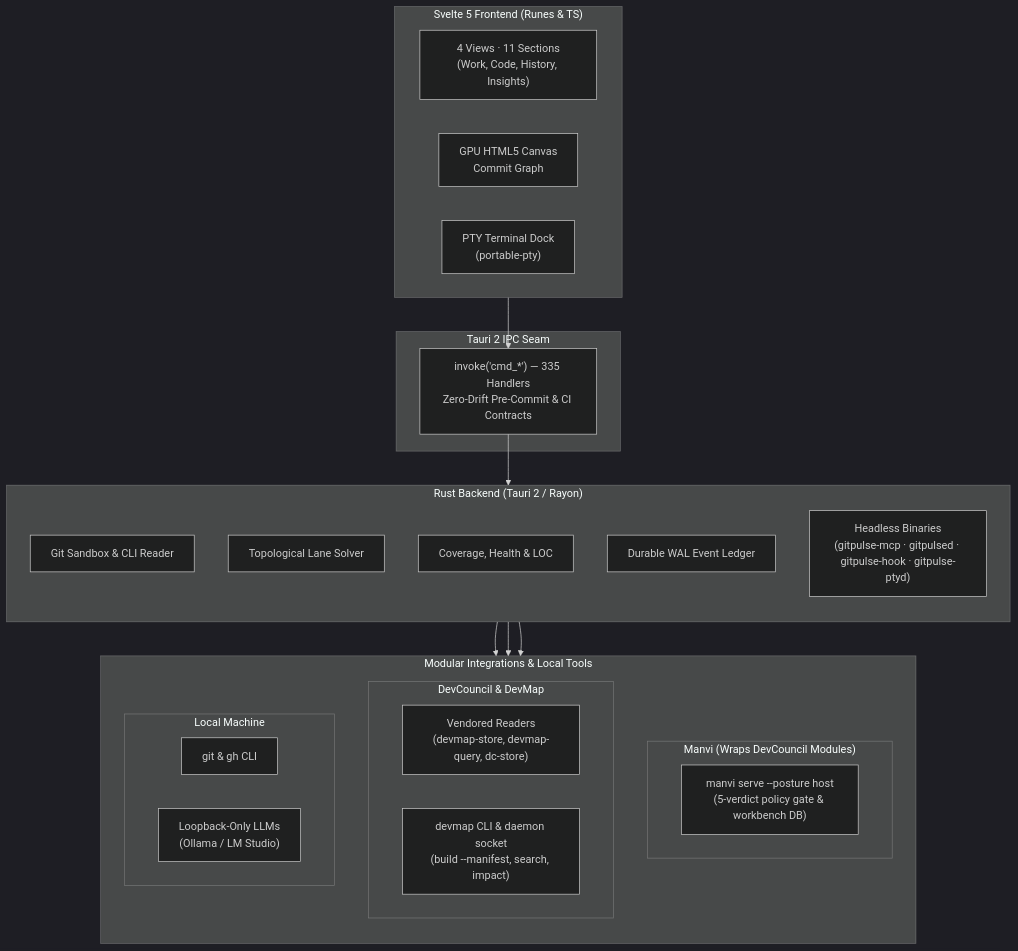
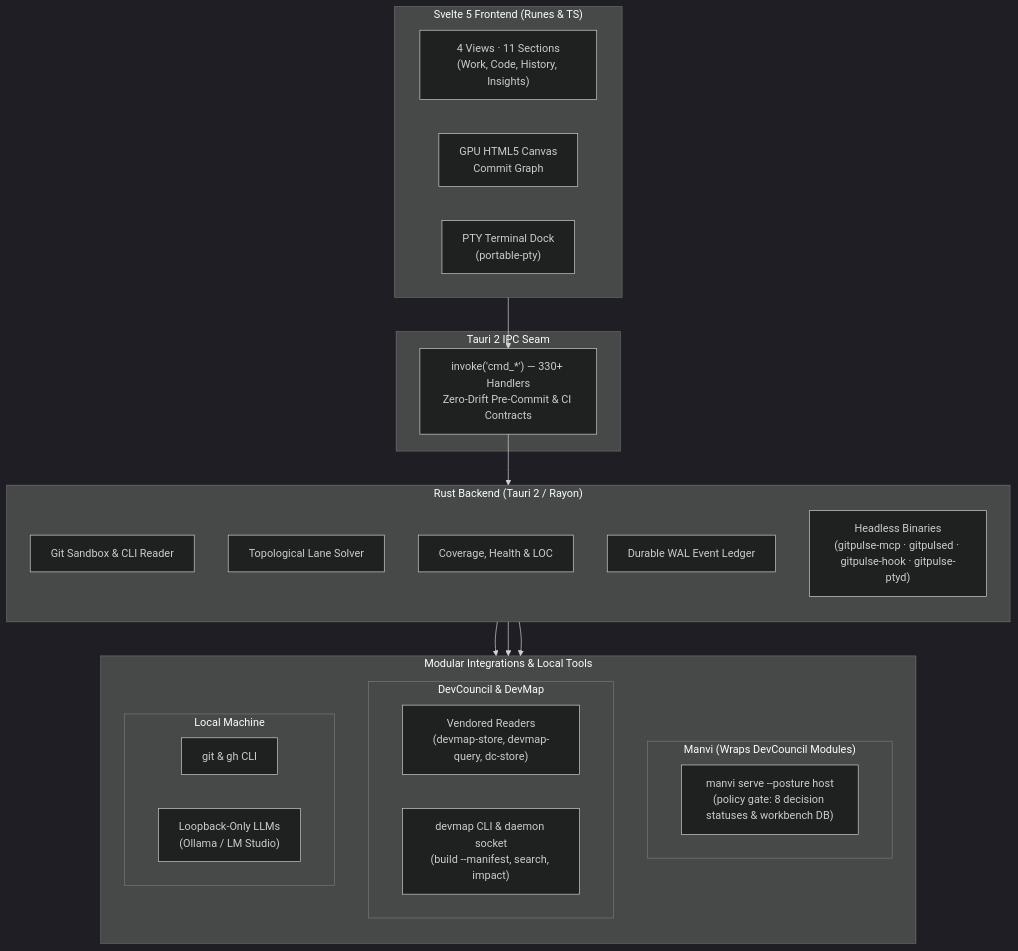
One commit to bharathvbcr/GitPulse changed the diagram in README.md. Above: the diagram before and after it, drawn with Mermaid (dark theme). The commit also changed other lines of this file and 17 other files, not shown here.

````diff
--- a/README.md
+++ b/README.md
@@ -207,43 +236,43 @@
 ```mermaid
 flowchart TB
     subgraph Frontend["Svelte 5 Frontend (Runes & TS)"]
         direction LR
         Views["4 Views · 11 Sections<br/>(Work, Code, History, Insights)"]
         Canvas["GPU HTML5 Canvas<br/>Commit Graph"]
         TerminalDock["PTY Terminal Dock<br/>(portable-pty)"]
     end
 
     subgraph IPC["Tauri 2 IPC Seam"]
-        Bridge["invoke('cmd_*') — 335 Handlers<br/>Zero-Drift Pre-Commit & CI Contracts"]
+        Bridge["invoke('cmd_*') — 330+ Handlers<br/>Zero-Drift Pre-Commit & CI Contracts"]
     end
 
     subgraph Backend["Rust Backend (Tauri 2 / Rayon)"]
         direction TB
         GitEngine["Git Sandbox & CLI Reader"]
         LaneSolver["Topological Lane Solver"]
         Analyzers["Coverage, Health & LOC"]
         Ledger["Durable WAL Event Ledger"]
         Headless["Headless Binaries<br/>(gitpulse-mcp · gitpulsed · gitpulse-hook · gitpulse-ptyd)"]
     end
 
     subgraph Integrations["Modular Integrations & Local Tools"]
         direction TB
         subgraph ManviWrap["Manvi (Wraps DevCouncil Modules)"]
-            ManviSidecar["manvi serve --posture host<br/>(5-verdict policy gate & workbench DB)"]
+            ManviSidecar["manvi serve --posture host<br/>(policy gate: 8 decision statuses & workbench DB)"]
         end
         subgraph DevCouncilMods["DevCouncil & DevMap"]
             Vendored["Vendored Readers<br/>(devmap-store, devmap-query, dc-store)"]
             DevMapCLI["devmap CLI & daemon socket<br/>(build --manifest, search, impact)"]
         end
         subgraph LocalTools["Local Machine"]
             CLI["git & gh CLI"]
             LocalLLM["Loopback-Only LLMs<br/>(Ollama / LM Studio)"]
         end
     end
 
     Frontend --> Bridge
     Bridge --> Backend
     Backend --> ManviWrap
     Backend --> DevCouncilMods
     Backend --> LocalTools
 ```
````
